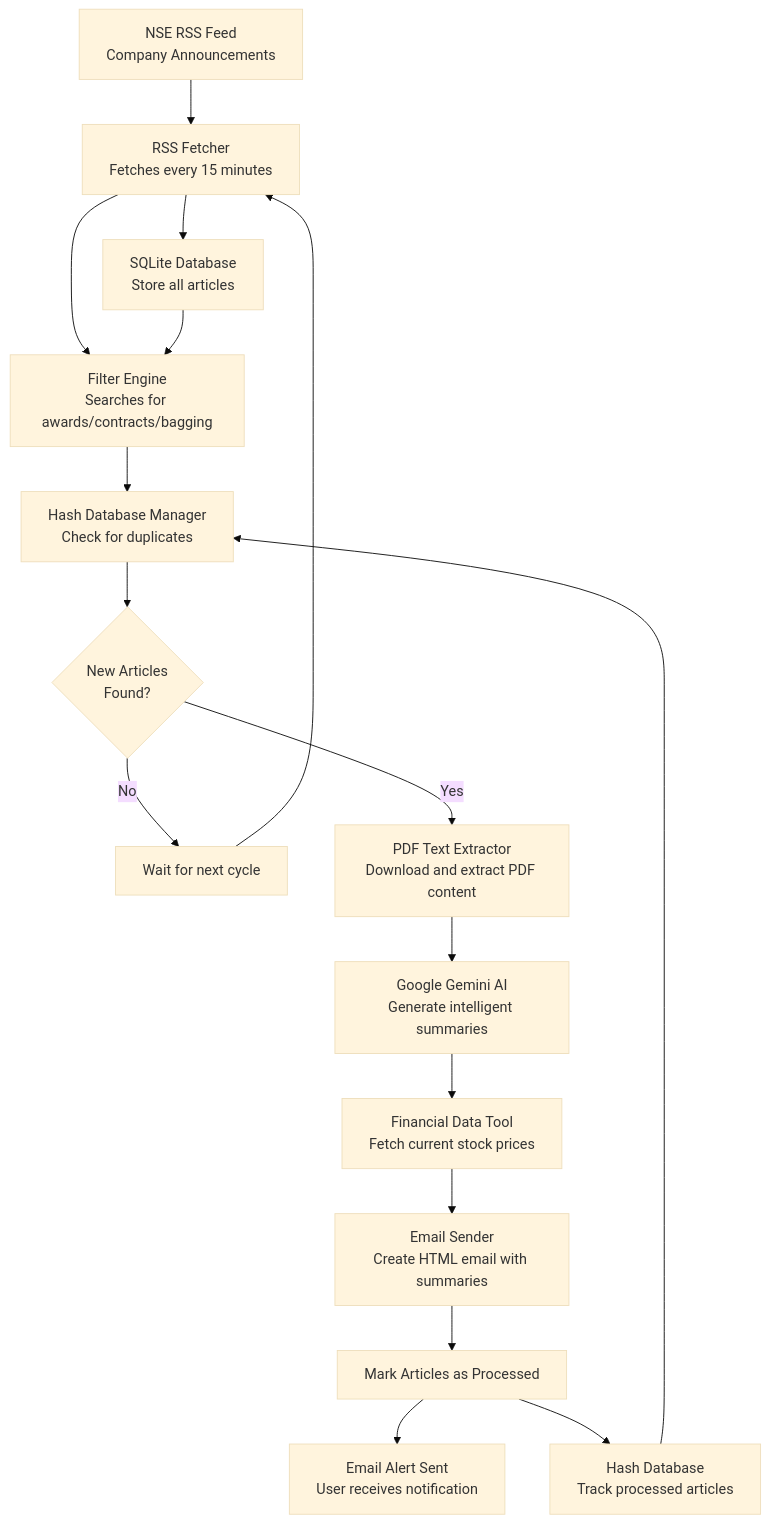
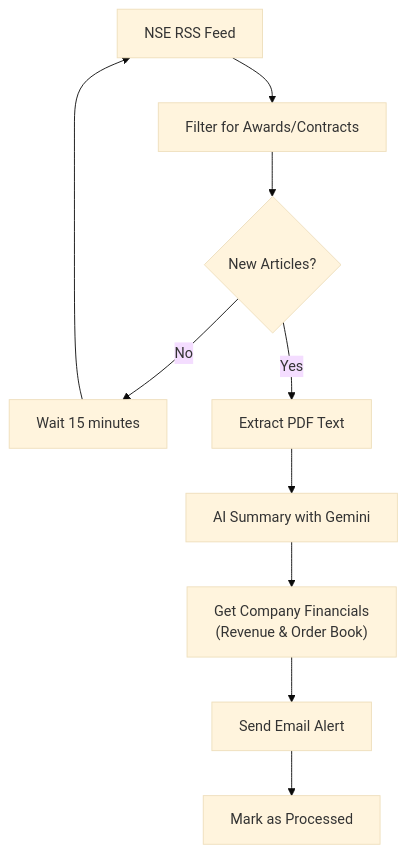
Before and after one commit to dnfy502/market-news-mail: the diagram in README.md, drawn with Mermaid (base theme). The commit also changed other lines of this file, not shown here.

````diff
--- a/README.md
+++ b/README.md
@@ -25,20 +25,12 @@
 ```mermaid
 graph TD
-    A["NSE RSS Feed<br/>Company Announcements"] --> B["RSS Fetcher<br/>Fetches every 15 minutes"]
-    B --> C["Filter Engine<br/>Searches for awards/contracts/bagging"]
-    C --> D["Hash Database Manager<br/>Check for duplicates"]
-    D --> E{New Articles<br/>Found?}
-    E -->|No| F["Wait for next cycle"]
-    E -->|Yes| G["PDF Text Extractor<br/>Download and extract PDF content"]
-    G --> H["Google Gemini AI<br/>Generate intelligent summaries"]
-    H --> I["Financial Data Tool<br/>Fetch current stock prices"]
-    I --> J["Email Sender<br/>Create HTML email with summaries"]
-    J --> K["Mark Articles as Processed"]
-    K --> L["Email Alert Sent<br/>User receives notification"]
-    F --> B
-    
-    M["SQLite Database<br/>Store all articles"] --> C
-    B --> M
-    N["Hash Database<br/>Track processed articles"] --> D
-    K --> N
+    A["NSE RSS Feed"] --> B["Filter for Awards/Contracts"]
+    B --> C{New Articles?}
+    C -->|No| D["Wait 15 minutes"]
+    C -->|Yes| E["Extract PDF Text"]
+    E --> F["AI Summary with Gemini"]
+    F --> G["Get Company Financials<br/>(Revenue & Order Book)"]
+    G --> H["Send Email Alert"]
+    H --> I["Mark as Processed"]
+    D --> A
 ```
````
